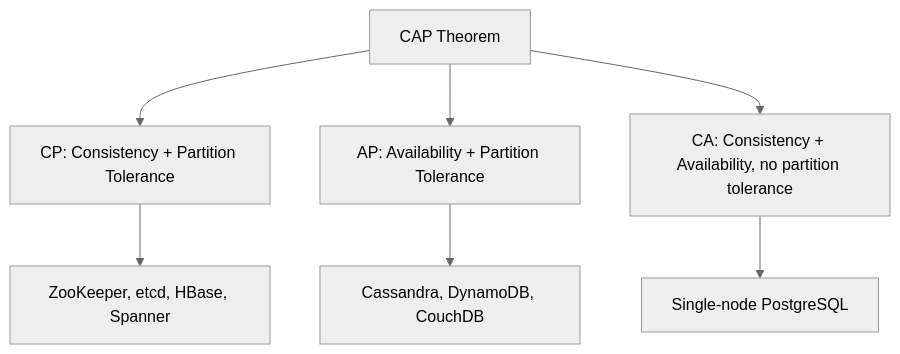
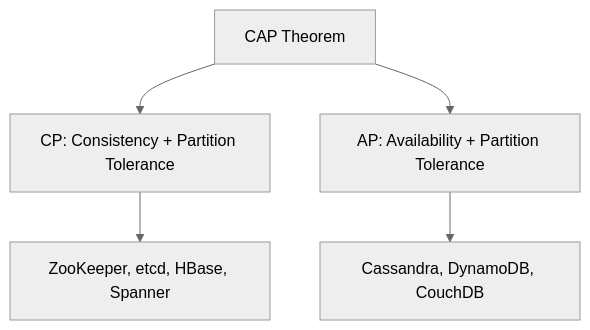
Before and after one commit to P0W/System-Design: the sixth of 8 diagrams in src/ch17-cheatsheet.md, drawn with Mermaid (neutral theme). The commit also changed other lines of this file and 3 other files, not shown here.

Commit message:
Add PostgreSQL and API design refresher chapters

````diff
--- a/src/ch17-cheatsheet.md
+++ b/src/ch17-cheatsheet.md
@@ -216,9 +216,7 @@
 ```mermaid
 flowchart TD
   CAP[CAP Theorem] --> CP[CP: Consistency + Partition Tolerance]
   CAP --> AP[AP: Availability + Partition Tolerance]
-  CAP --> CA[CA: Consistency + Availability, no partition tolerance]
   CP --> CPex[ZooKeeper, etcd, HBase, Spanner]
   AP --> APex[Cassandra, DynamoDB, CouchDB]
-  CA --> CAex[Single-node PostgreSQL]
 ```
````
